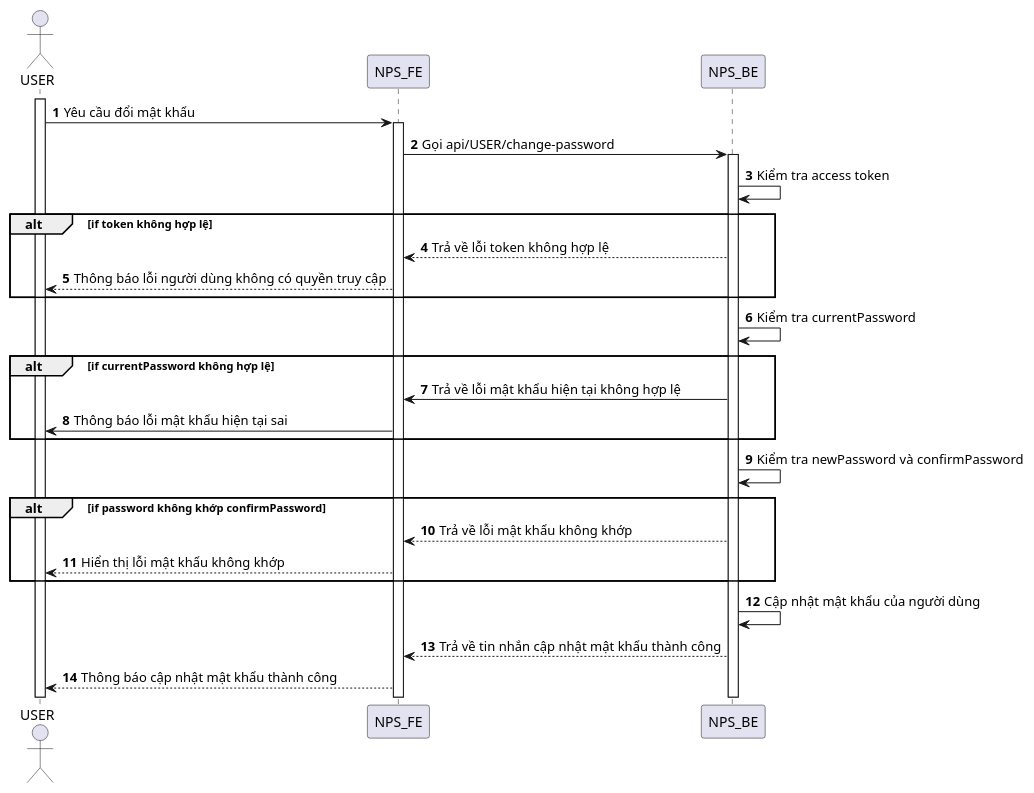
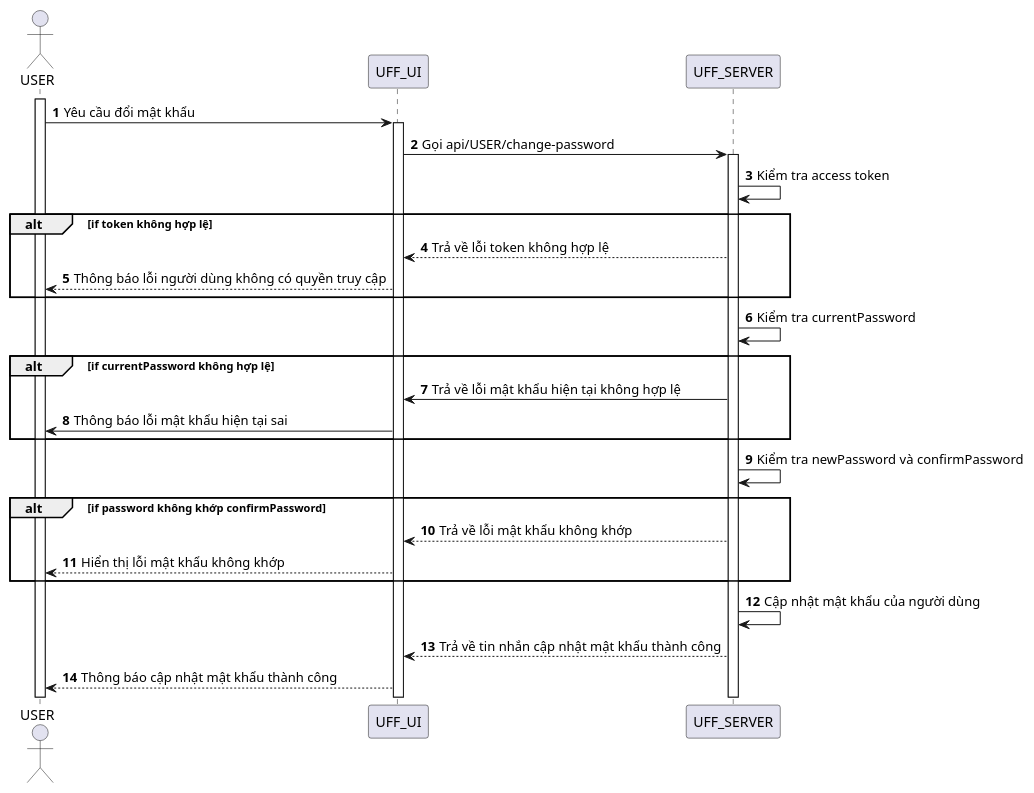
The diagram in SequenceDiagram/User/change-password.puml (congdanh0101/fast-food), drawn with PlantUML before and after one commit. The commit also changed 177 other files, not shown here.

Commit message:
update sequence

```diff
--- a/SequenceDiagram/User/change-password.puml
+++ b/SequenceDiagram/User/change-password.puml
@@ -1,31 +1,31 @@
-@startuml
-autonumber
-actor USER
-activate USER
-USER -> NPS_FE: Yêu cầu đổi mật khẩu
-activate NPS_FE
-NPS_FE -> NPS_BE: Gọi api/USER/change-password
-activate NPS_BE
-NPS_BE -> NPS_BE: Kiểm tra access token
-alt if token không hợp lệ
-NPS_BE --> NPS_FE: Trả về lỗi token không hợp lệ
-NPS_FE --> USER: Thông báo lỗi người dùng không có quyền truy cập
-end
+    @startuml
+    autonumber
+    actor USER
+    activate USER
+    USER -> UFF_UI: Yêu cầu đổi mật khẩu
+    activate UFF_UI
+    UFF_UI -> UFF_SERVER: Gọi api/USER/change-password
+    activate UFF_SERVER
+    UFF_SERVER -> UFF_SERVER: Kiểm tra access token
+    alt if token không hợp lệ
+    UFF_SERVER --> UFF_UI: Trả về lỗi token không hợp lệ
+    UFF_UI --> USER: Thông báo lỗi người dùng không có quyền truy cập
+    end
 
 
-NPS_BE -> NPS_BE: Kiểm tra currentPassword
+    UFF_SERVER -> UFF_SERVER: Kiểm tra currentPassword
 
-alt if currentPassword không hợp lệ
-NPS_BE -> NPS_FE: Trả về lỗi mật khẩu hiện tại không hợp lệ
-NPS_FE -> USER: Thông báo lỗi mật khẩu hiện tại sai
-end alt 
+    alt if currentPassword không hợp lệ
+    UFF_SERVER -> UFF_UI: Trả về lỗi mật khẩu hiện tại không hợp lệ
+    UFF_UI -> USER: Thông báo lỗi mật khẩu hiện tại sai
+    end alt 
 
-NPS_BE -> NPS_BE: Kiểm tra newPassword và confirmPassword
-alt if password không khớp confirmPassword
-NPS_BE --> NPS_FE: Trả về lỗi mật khẩu không khớp
-NPS_FE --> USER: Hiển thị lỗi mật khẩu không khớp
-end
-NPS_BE -> NPS_BE: Cập nhật mật khẩu của người dùng
-NPS_BE --> NPS_FE: Trả về tin nhắn cập nhật mật khẩu thành công
-NPS_FE --> USER: Thông báo cập nhật mật khẩu thành công
-@enduml
+    UFF_SERVER -> UFF_SERVER: Kiểm tra newPassword và confirmPassword
+    alt if password không khớp confirmPassword
+    UFF_SERVER --> UFF_UI: Trả về lỗi mật khẩu không khớp
+    UFF_UI --> USER: Hiển thị lỗi mật khẩu không khớp
+    end
+    UFF_SERVER -> UFF_SERVER: Cập nhật mật khẩu của người dùng
+    UFF_SERVER --> UFF_UI: Trả về tin nhắn cập nhật mật khẩu thành công
+    UFF_UI --> USER: Thông báo cập nhật mật khẩu thành công
+    @enduml
```
